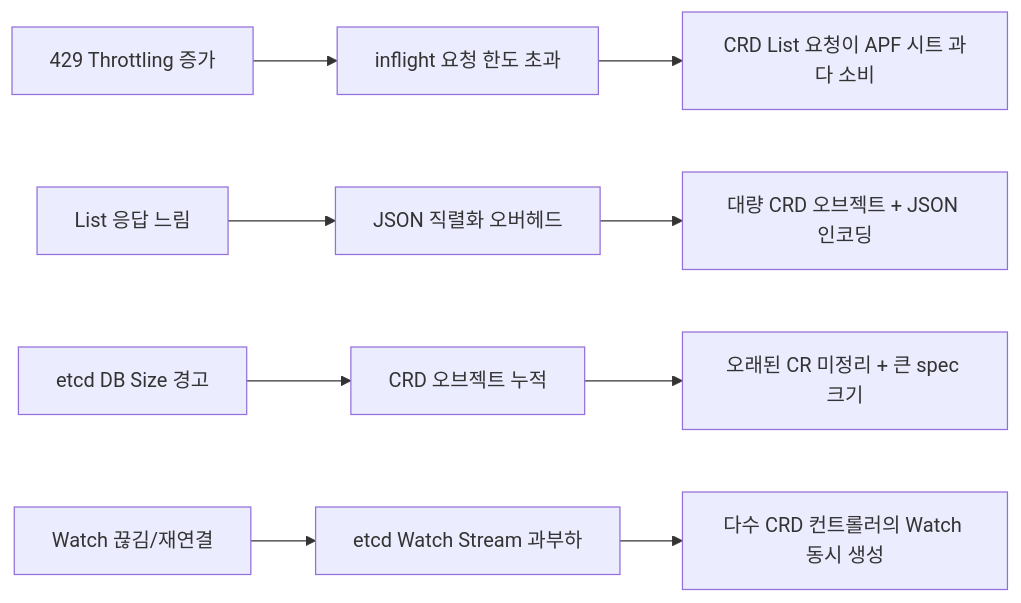
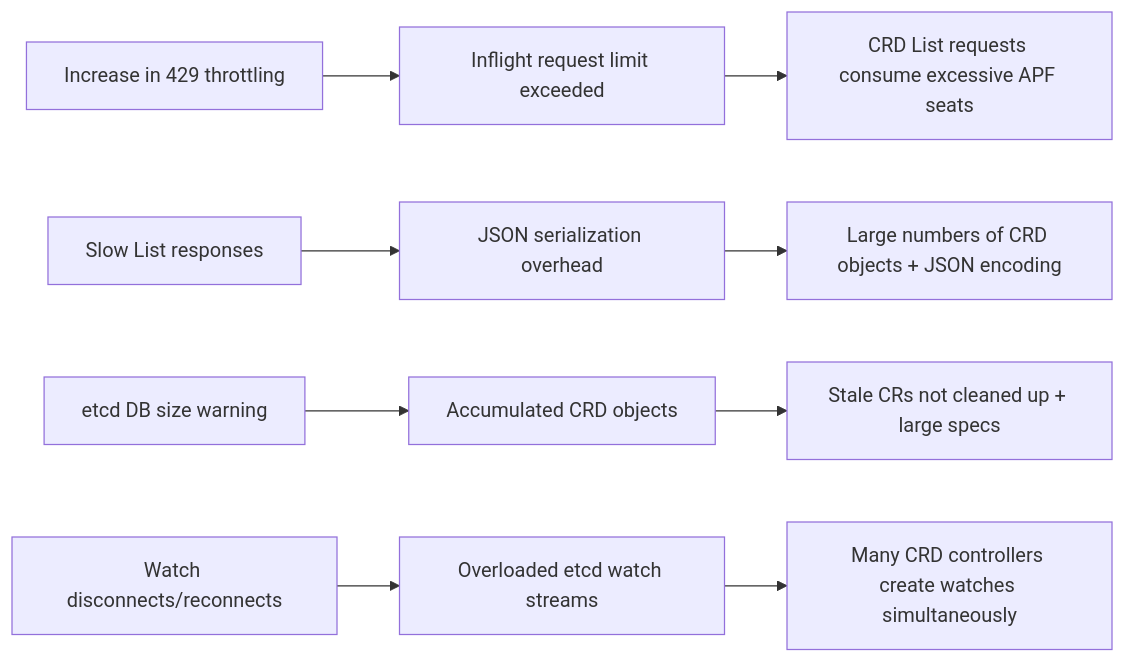
One commit to devfloor9/engineering-playbook changed the diagram in docs/eks-best-practices/control-plane-scaling/eks-control-plane-crd-scaling.md. Above: the diagram before and after it, drawn with Mermaid. The commit also changed other lines of this file and 954 other files, not shown here.

````diff
--- a/docs/eks-best-practices/control-plane-scaling/eks-control-plane-crd-scaling.md
+++ b/docs/eks-best-practices/control-plane-scaling/eks-control-plane-crd-scaling.md
@@ -221,14 +223,14 @@
 ```mermaid
 flowchart LR
-    A[429 Throttling 증가] --> B[inflight 요청 한도 초과]
-    B --> C[CRD List 요청이 APF 시트 과다 소비]
+    A[Increase in 429 throttling] --> B[Inflight request limit exceeded]
+    B --> C[CRD List requests consume excessive APF seats]
 
-    D[List 응답 느림] --> E[JSON 직렬화 오버헤드]
-    E --> F[대량 CRD 오브젝트 + JSON 인코딩]
+    D[Slow List responses] --> E[JSON serialization overhead]
+    E --> F[Large numbers of CRD objects + JSON encoding]
 
-    G[etcd DB Size 경고] --> H[CRD 오브젝트 누적]
-    H --> I[오래된 CR 미정리 + 큰 spec 크기]
+    G[etcd DB size warning] --> H[Accumulated CRD objects]
+    H --> I[Stale CRs not cleaned up + large specs]
 
-    J[Watch 끊김/재연결] --> K[etcd Watch Stream 과부하]
-    K --> L[다수 CRD 컨트롤러의 Watch 동시 생성]
+    J[Watch disconnects/reconnects] --> K[Overloaded etcd watch streams]
+    K --> L[Many CRD controllers create watches simultaneously]
 ```
````
